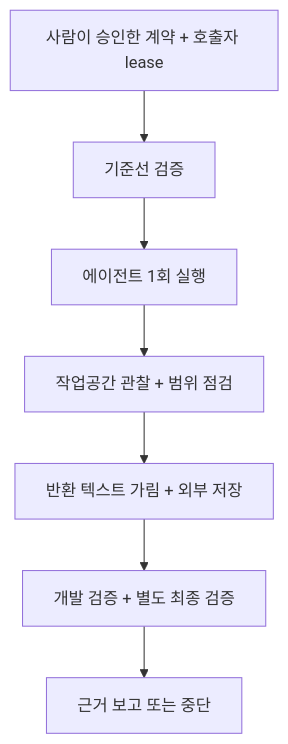
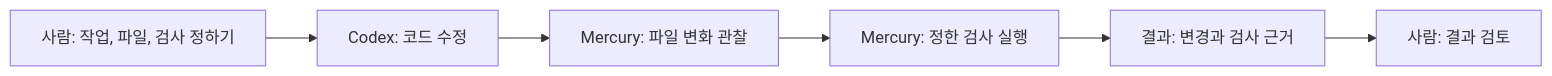
One commit to kssk3/Mercury changed the diagram in README.md. Above: the diagram before and after it, drawn with Mermaid. The commit also changed other lines of this file and 1 other file, not shown here.

First line of the commit message:
docs: Explain Mercury through a concrete first-use story

````diff
--- a/README.md
+++ b/README.md
@@ -104,9 +29,8 @@
 ```mermaid
-flowchart TD
-    A["사람이 승인한 계약 + 호출자 lease"] --> B["기준선 검증"]
-    B --> C["에이전트 1회 실행"]
-    C --> D["작업공간 관찰 + 범위 점검"]
-    D --> E["반환 텍스트 가림 + 외부 저장"]
-    E --> F["개발 검증 + 별도 최종 검증"]
-    F --> G["근거 보고 또는 중단"]
+flowchart LR
+    A["사람: 작업, 파일, 검사 정하기"] --> B["Codex: 코드 수정"]
+    B --> C["Mercury: 파일 변화 관찰"]
+    C --> D["Mercury: 정한 검사 실행"]
+    D --> E["결과: 변경과 검사 근거"]
+    E --> F["사람: 결과 검토"]
 ```
````
